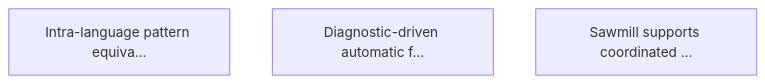
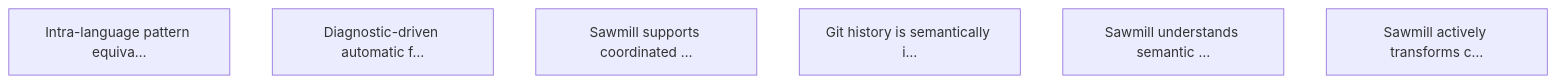
Before and after one commit to marcelocantos/sawmill: the diagram in targets.md, drawn with Mermaid. The commit also changed other lines of this file and 1 other file, not shown here.

First line of the commit message:
Add git indexing and cross-representation targets (🎯T6, 🎯T7, 🎯T8)

````diff
--- a/targets.md
+++ b/targets.md
@@ -85,6 +135,9 @@
 ```mermaid
 graph TD
     T1["Intra-language pattern equiva…"]
     T3["Diagnostic-driven automatic f…"]
     T5["Sawmill supports coordinated …"]
+    T6["Git history is semantically i…"]
+    T7["Sawmill understands semantic …"]
+    T8["Sawmill actively transforms c…"]
 ```
````
